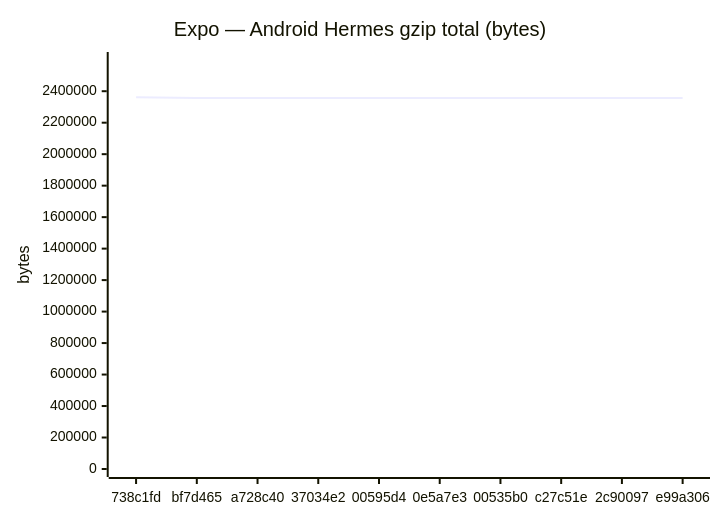
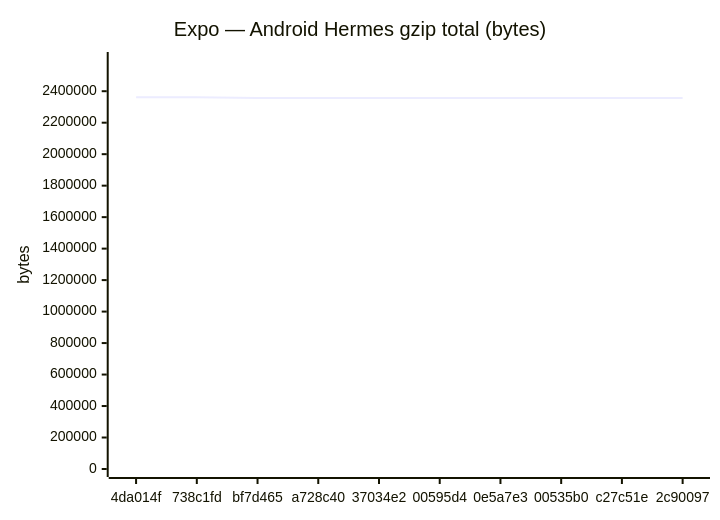
The seventh of 24 diagrams in benchmarks/compare.md (Metaheurist/Rianell), drawn with Mermaid before and after one commit. The commit also changed other lines of this file and 13 other files, not shown here.

````diff
--- a/benchmarks/compare.md
+++ b/benchmarks/compare.md
@@ -116,7 +116,7 @@
 ```mermaid
 xychart-beta
     title "Expo — Android Hermes gzip total (bytes)"
-    x-axis ["738c1fd", "bf7d465", "a728c40", "37034e2", "00595d4", "0e5a7e3", "00535b0", "c27c51e", "2c90097", "e99a306"]
-    y-axis "bytes" 0 --> 2598252
-    line [2362047, 2356686, 2356685, 2356472, 2356474, 2356472, 2356301, 2356304, 2356302, 2356302]
+    x-axis ["4da014f", "738c1fd", "bf7d465", "a728c40", "37034e2", "00595d4", "0e5a7e3", "00535b0", "c27c51e", "2c90097"]
+    y-axis "bytes" 0 --> 2598253
+    line [2362048, 2362047, 2356686, 2356685, 2356472, 2356474, 2356472, 2356301, 2356304, 2356302]
 ```
````
